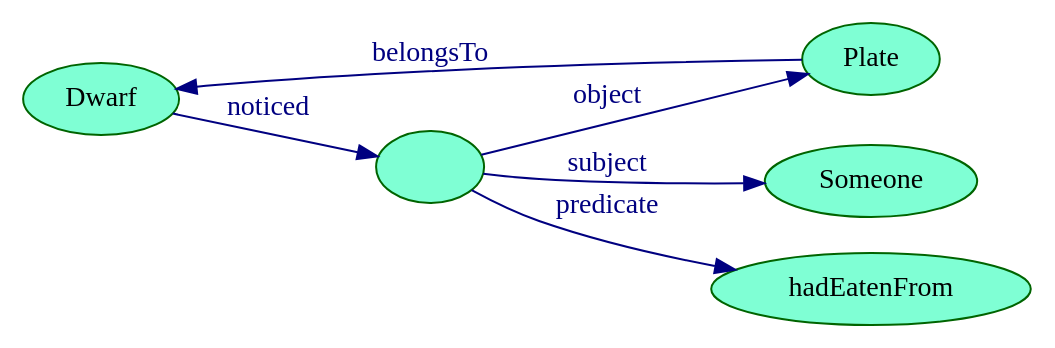
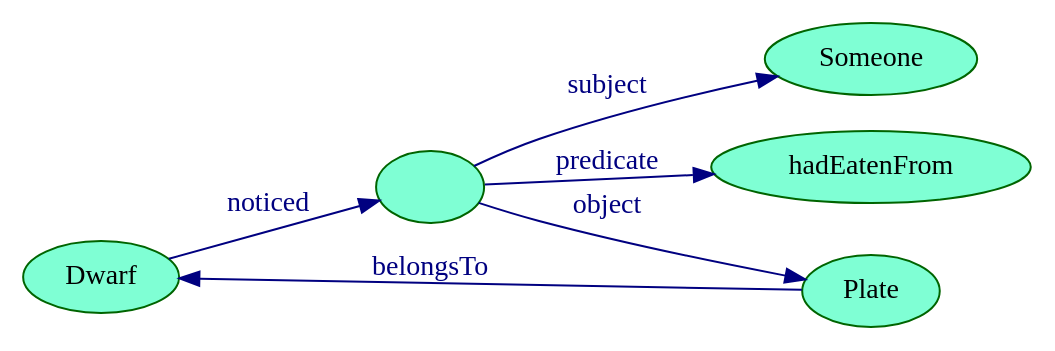
Before and after one commit to grochmal/birkbeck: the diagram in int_tech/sw/coursework/ex4_dwarf.dot, drawn with Graphviz. The commit also changed 9 other files, not shown here.

```diff
--- a/int_tech/sw/coursework/ex4_dwarf.dot
+++ b/int_tech/sw/coursework/ex4_dwarf.dot
@@ -1,15 +1,12 @@
 digraph {
     rankdir=LR;
+    node [style=filled,color=darkgreen,fillcolor=aquamarine]
+    Dwarf; Stmt [label=""]; Someone; hadEatenFrom; Plate;
     {rank=same; Someone hadEatenFrom Plate}
-    Dwarf [style="filled",color="darkgreen",fillcolor="aquamarine"];
-    Stmt [style="filled",color="darkgreen",fillcolor="aquamarine",label=""];
-    Someone      [style="filled",color="darkgreen",fillcolor="aquamarine"];
-    hadEatenFrom [style="filled",color="darkgreen",fillcolor="aquamarine"];
-    Plate        [style="filled",color="darkgreen",fillcolor="aquamarine"];
-    Dwarf -> Stmt [label="noticed",color="navy",fontcolor="navy"];
-    Stmt -> Someone      [label="subject",color="navy",fontcolor="navy"];
-    Stmt -> hadEatenFrom [label="predicate",color="navy",fontcolor="navy"];
-    Stmt -> Plate        [label="object",color="navy",fontcolor="navy"];
-    Dwarf -> Plate [label="belongsTo",color="navy"
-                   ,fontcolor="navy",dir="back"];
+    edge [color=navy,fontcolor=navy];
+    Dwarf -> Stmt        [label=noticed];
+    Stmt -> Someone      [label=subject];
+    Stmt -> hadEatenFrom [label=predicate];
+    Stmt -> Plate        [label=object];
+    Dwarf -> Plate       [label=belongsTo,dir=back];
 }
```
